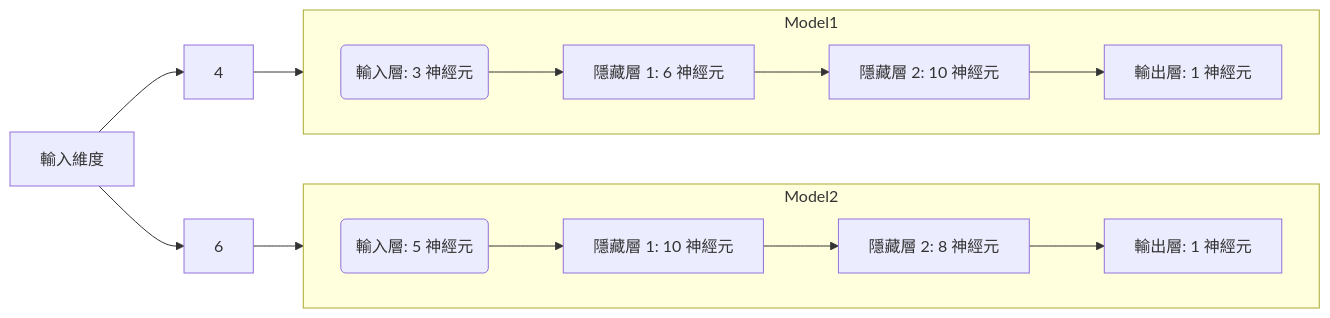
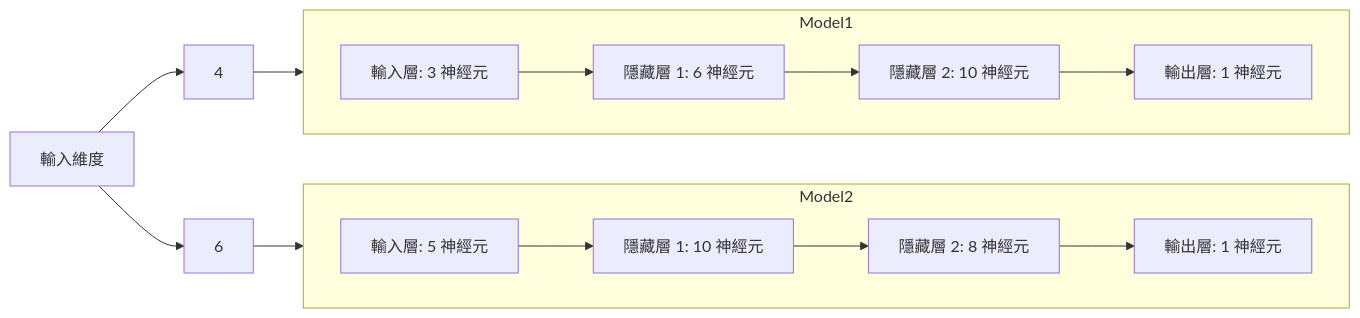
Before and after one commit to Cerosop/mlp_autonomous_vehicle: the diagram in README.md, drawn with Mermaid.

````diff
--- a/README.md
+++ b/README.md
@@ -6,24 +6,24 @@
 ```mermaid
 graph LR
     A[輸入維度] --> B[4]
     A --> C[6]
 
     subgraph Model2
 				direction LR
-        Input(輸入層: 5 神經元)
+        Input[輸入層: 5 神經元]
         Input --> Hidden1[隱藏層 1: 10 神經元]
         Hidden1 --> Hidden2[隱藏層 2: 8 神經元]
         Hidden2 --> Output[輸出層: 1 神經元]
     end
 
     subgraph Model1
 				direction LR
-        Input2(輸入層: 3 神經元)
+        Input2[輸入層: 3 神經元]
         Input2 --> Hidden21[隱藏層 1: 6 神經元]
         Hidden21 --> Hidden22[隱藏層 2: 10 神經元]
         Hidden22 --> Output2[輸出層: 1 神經元]
     end
 
     B --> Model1
     C --> Model2
 ```
````
